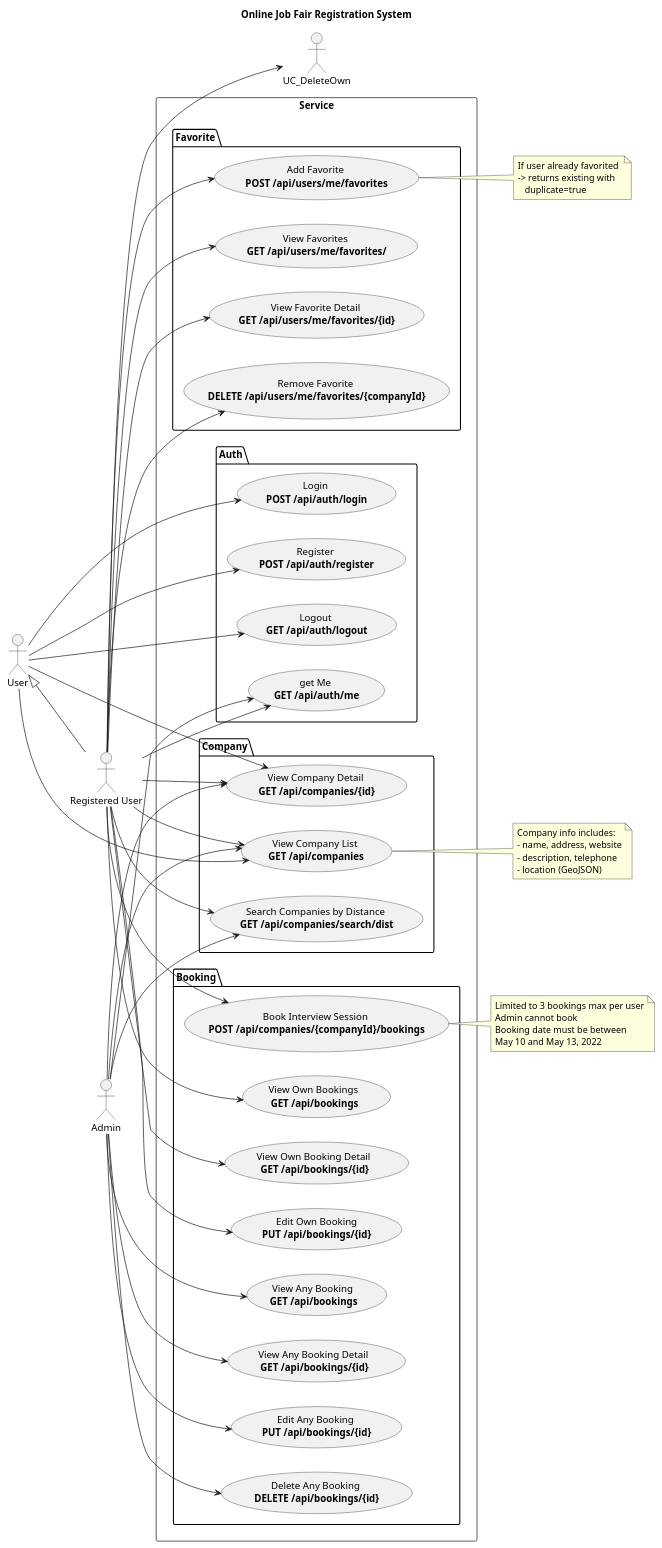
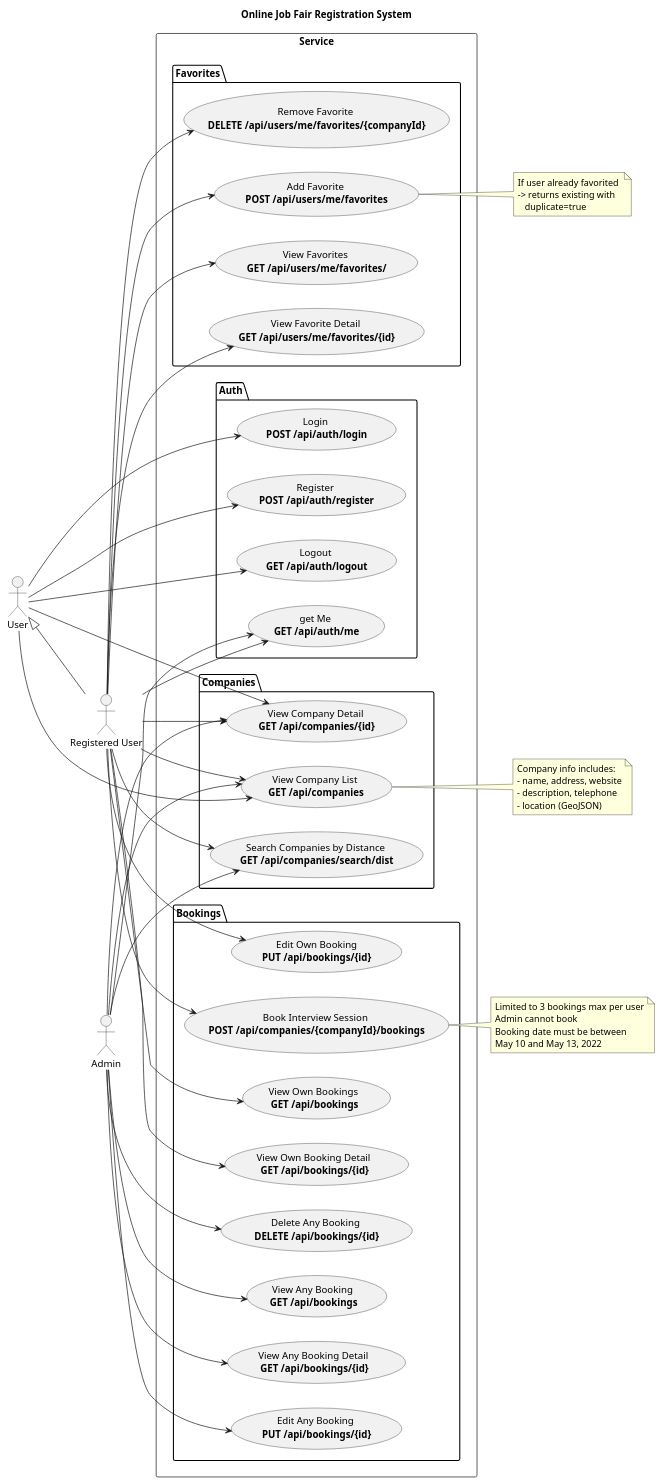
The diagram in docs/diagram/usecase.puml (098ff/ArtmaybeDEV), drawn with PlantUML before and after one commit. The commit also changed 3 other files, not shown here.

Commit message:
fix: some diagram logics

```diff
--- a/docs/diagram/usecase.puml
+++ b/docs/diagram/usecase.puml
@@ -1,97 +1,96 @@
 @startuml
 title Online Job Fair Registration System
 left to right direction
 skinparam shadowing false
 
 actor User
 actor "Registered User" as Reg
 actor Admin
 
 User <|-- Reg
 
 rectangle "Service" {
 
   package "Auth" {
     usecase "Login \n<b>POST /api/auth/login" as UC_Login
     usecase "Register \n<b>POST /api/auth/register" as UC_Register
     usecase "Logout \n<b>GET /api/auth/logout" as UC_Logout
     usecase "get Me \n<b>GET /api/auth/me" as UC_GetMe
   }
   
-  package "Company" {
+  package "Companies" {
     usecase "View Company List \n<b>GET /api/companies" as UC_Companies
     usecase "View Company Detail \n<b>GET /api/companies/{id}" as UC_CompanyDetail
     usecase "Search Companies by Distance \n<b>GET /api/companies/search/dist" as UC_CompanyDist
   }
   ' User
-  package "Booking" {
+  package "Bookings" {
       usecase "Book Interview Session \n<b>POST /api/companies/{companyId}/bookings" as UC_Book
       usecase "View Own Bookings \n<b>GET /api/bookings" as UC_ViewOwn
       usecase "View Own Booking Detail \n<b>GET /api/bookings/{id}" as UC_ViewOwnDetail
       usecase "Edit Own Booking\n<b>PUT /api/bookings/{id}" as UC_EditOwn
       usecase "View Any Booking \n<b>GET /api/bookings" as UC_ViewAny
       usecase "View Any Booking Detail \n<b>GET /api/bookings/{id}" as UC_ViewAnyDetail
       usecase "Edit Any Booking \n<b>PUT /api/bookings/{id}" as UC_EditAny
       usecase "Delete Any Booking \n<b>DELETE /api/bookings/{id}" as UC_DeleteAny
   }
 
 
-  package "Favorite" {
+  package "Favorites" {
     usecase "Add Favorite \n<b>POST /api/users/me/favorites" as UC_FavAdd
     usecase "View Favorites \n<b>GET /api/users/me/favorites/" as UC_FavList
     usecase "View Favorite Detail \n<b>GET /api/users/me/favorites/{id}" as UC_FavDetail
     usecase "Remove Favorite \n<b>DELETE /api/users/me/favorites/{companyId}" as UC_FavDel
   }
 
 }
 
 User --> UC_Login
 User --> UC_Register
 User --> UC_Logout
 User --> UC_Companies
 User --> UC_CompanyDetail
 
 Reg --> UC_GetMe
 Reg --> UC_Book
 Reg --> UC_ViewOwn
 Reg --> UC_EditOwn
-Reg --> UC_DeleteOwn
 Reg --> UC_Companies
 Reg --> UC_CompanyDetail
 Reg --> UC_CompanyDist
 Reg --> UC_FavAdd
 Reg --> UC_FavList
 Reg --> UC_FavDel
 Reg --> UC_FavDetail
 Reg --> UC_ViewOwnDetail
 
 Admin --> UC_GetMe
 Admin --> UC_ViewAny
 Admin --> UC_EditAny
 Admin --> UC_DeleteAny
 Admin --> UC_Companies
 Admin --> UC_CompanyDetail
 Admin --> UC_CompanyDist
 Admin --> UC_ViewAnyDetail
 
 note right of UC_Book
   Limited to 3 bookings max per user
   Admin cannot book
   Booking date must be between 
   May 10 and May 13, 2022
 end note
 
 note right of UC_Companies
   Company info includes:
   - name, address, website
   - description, telephone
   - location (GeoJSON)
 end note
 
 note right of UC_FavAdd
   If user already favorited 
   -> returns existing with 
      duplicate=true
 end note
 
 @enduml
```
